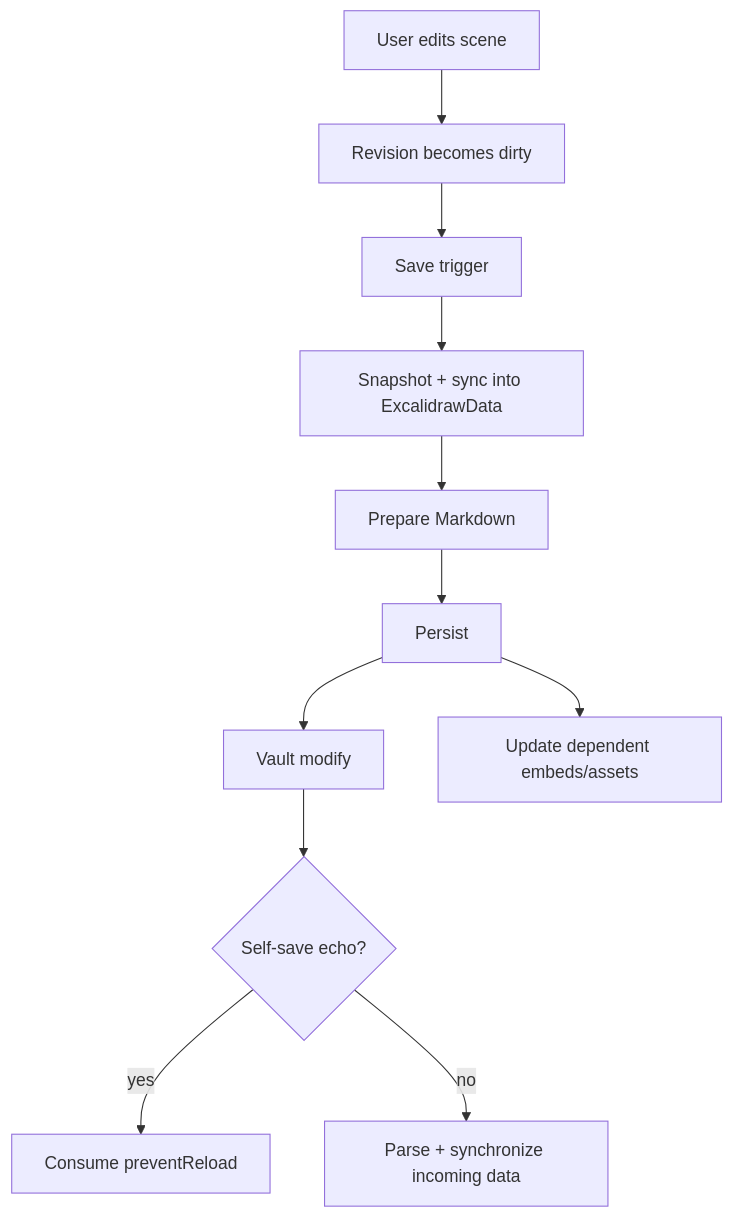
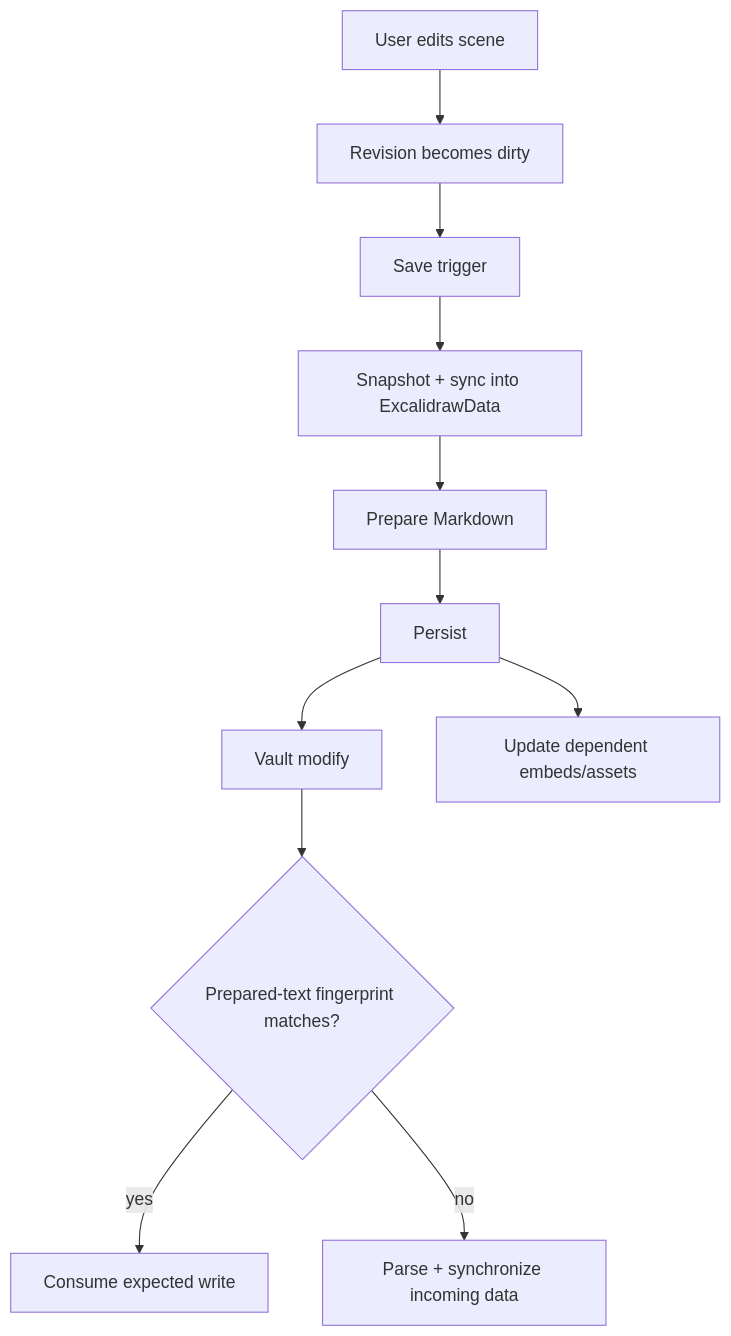
One commit to zsviczian/obsidian-excalidraw-plugin changed diagram 13 of 14 in docs/Excalidraw Plugin File Persistence Lifecycle Design.md. Above: the diagram before and after it, drawn with Mermaid. The commit also changed other lines of this file and 3 other files, not shown here.

````diff
--- a/docs/Excalidraw Plugin File Persistence Lifecycle Design.md
+++ b/docs/Excalidraw Plugin File Persistence Lifecycle Design.md
@@ -1895,19 +1969,19 @@
 ```mermaid
 flowchart TD
     A["User edits scene"]
     B["Revision becomes dirty"]
     C["Save trigger"]
     D["Snapshot + sync into ExcalidrawData"]
     E["Prepare Markdown"]
     F["Persist"]
     G["Vault modify"]
-    H{"Self-save echo?"}
-    I["Consume preventReload"]
+    H{"Prepared-text fingerprint matches?"}
+    I["Consume expected write"]
     J["Parse + synchronize incoming data"]
     K["Update dependent embeds/assets"]
 
     A --> B --> C --> D --> E --> F --> G --> H
     H -->|yes| I
     H -->|no| J
     F --> K
 ```
````
